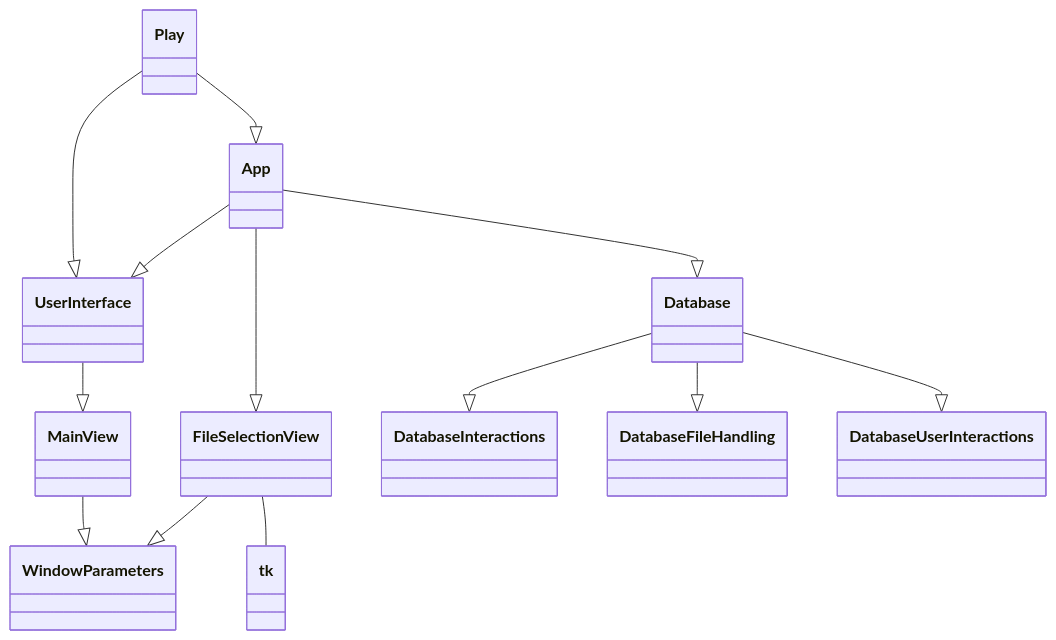
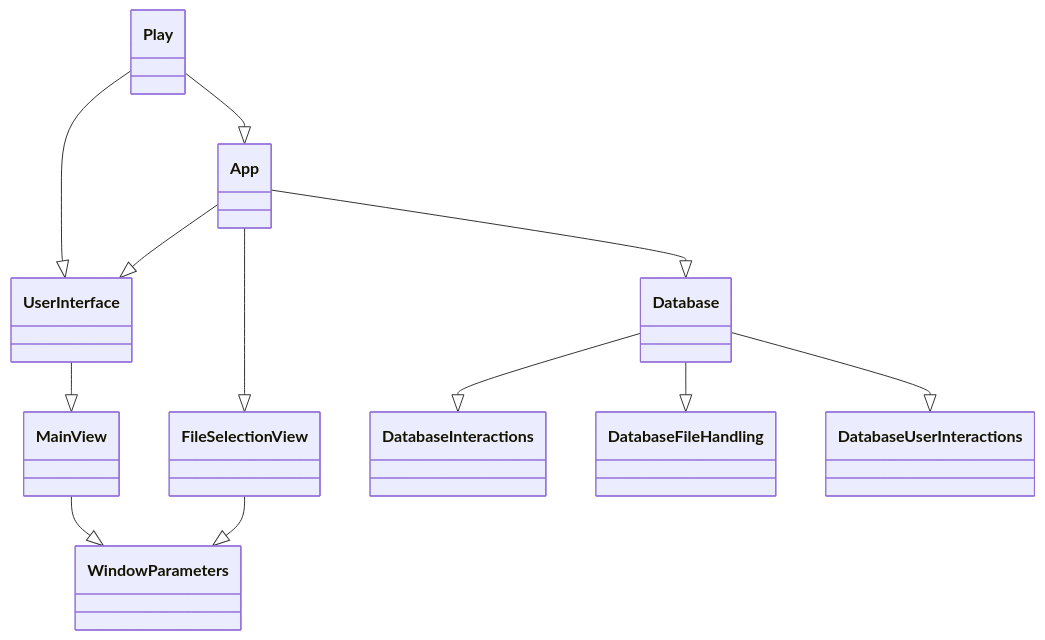
Before and after one commit to platipus82/ot-harjoitustyo: the diagram in dokumentaatio/luokkakaavio_nodetail.MD, drawn with Mermaid.

````diff
--- a/dokumentaatio/luokkakaavio_nodetail.MD
+++ b/dokumentaatio/luokkakaavio_nodetail.MD
@@ -1,26 +1,25 @@
 ```mermaid
 classDiagram
     class UserInterface
     class MainView
     class DatabaseInteractions
     class DatabaseFileHandling
     class DatabaseUserInteractions
     class WindowParameters
     class FileSelectionView
     class Database
     class App
     class Play
 
     UserInterface --|> MainView
     MainView --|> WindowParameters
     FileSelectionView --|> WindowParameters
-    FileSelectionView -- tk
     Database --|> DatabaseInteractions
     Database --|> DatabaseFileHandling
     Database --|> DatabaseUserInteractions
     App --|> UserInterface
     App --|> FileSelectionView
     Play --|> UserInterface
     App --|> Database
     Play --|> App
 ```
````
